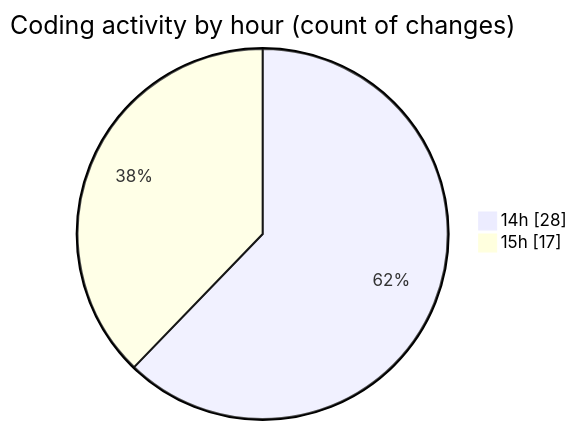
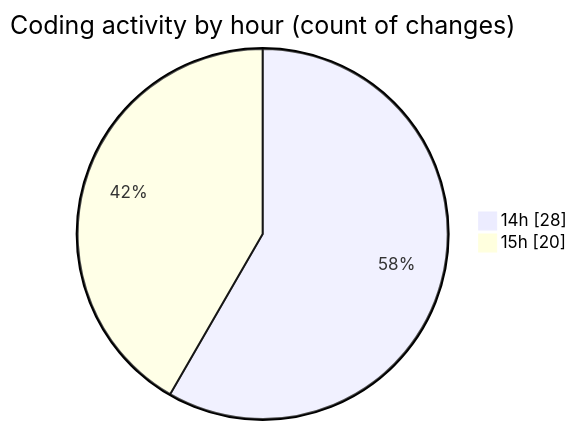
Before and after one commit to idhammustaqopulfikri/code-tracking: the second of 2 diagrams in 2025-11-08/futsal/README.md, drawn with Mermaid. The commit also changed other lines of this file and 1 other file, not shown here.

````diff
--- a/2025-11-08/futsal/README.md
+++ b/2025-11-08/futsal/README.md
@@ -41,6 +41,6 @@
 ```mermaid
 pie showData
 title Coding activity by hour (count of changes)
 "14h" : 28
-"15h" : 17
+"15h" : 20
 ```
````
